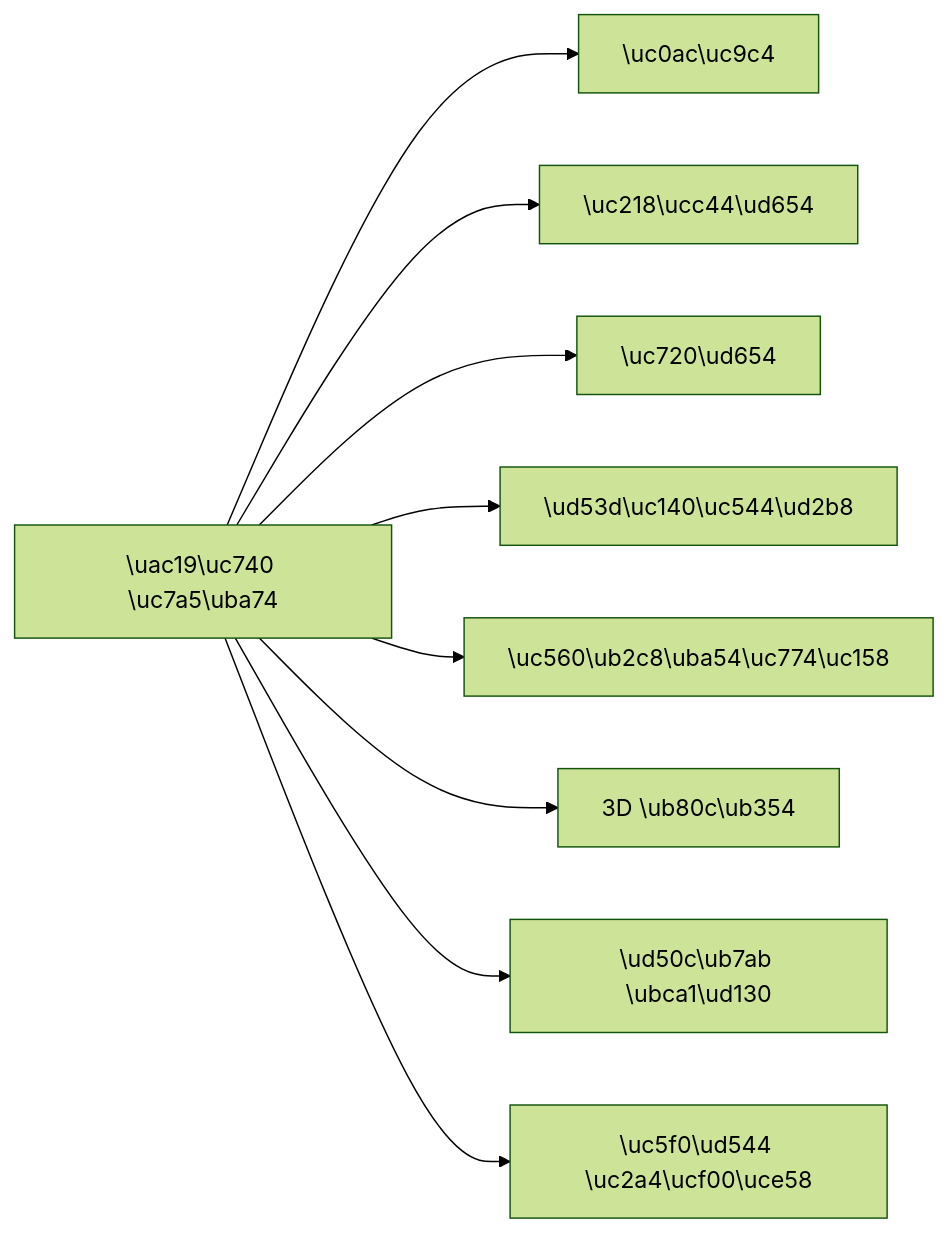
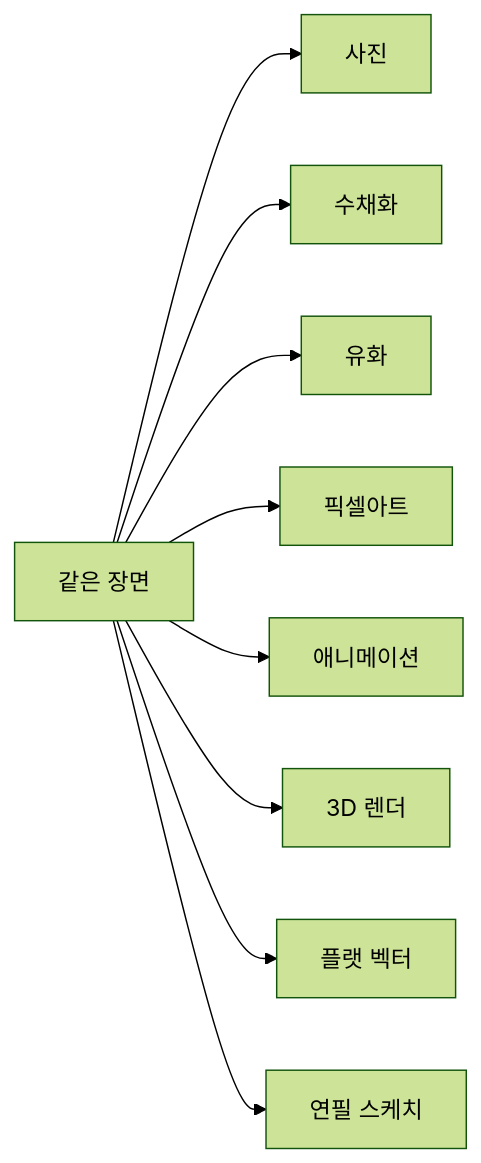
The diagram in content/ai-image-gen-101/ko/03-mastering-styles.md (yeongseon-books/book-content), drawn with Mermaid (forest theme) before and after one commit. The commit also changed other lines of this file and 20 other files, not shown here.

````diff
--- a/content/ai-image-gen-101/ko/03-mastering-styles.md
+++ b/content/ai-image-gen-101/ko/03-mastering-styles.md
@@ -30,11 +31,11 @@
 ```mermaid
 flowchart LR
-    A["\uac19\uc740 \uc7a5\uba74"] --> B["\uc0ac\uc9c4"]
-    A --> C["\uc218\ucc44\ud654"]
-    A --> D["\uc720\ud654"]
-    A --> E["\ud53d\uc140\uc544\ud2b8"]
-    A --> F["\uc560\ub2c8\uba54\uc774\uc158"]
-    A --> G["3D \ub80c\ub354"]
-    A --> H["\ud50c\ub7ab \ubca1\ud130"]
-    A --> I["\uc5f0\ud544 \uc2a4\ucf00\uce58"]
+    A["같은 장면"] --> B["사진"]
+    A --> C["수채화"]
+    A --> D["유화"]
+    A --> E["픽셀아트"]
+    A --> F["애니메이션"]
+    A --> G["3D 렌더"]
+    A --> H["플랫 벡터"]
+    A --> I["연필 스케치"]
 ```
````
